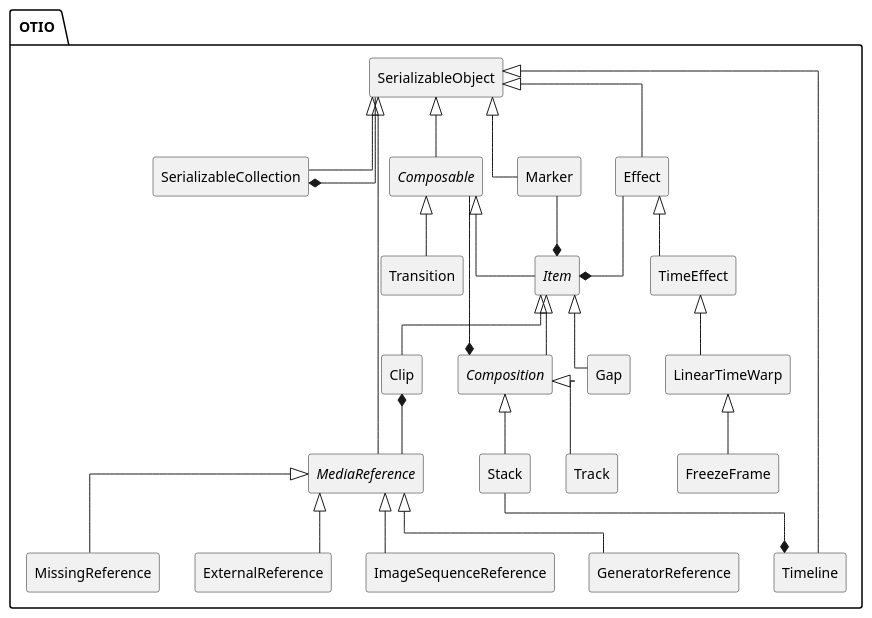
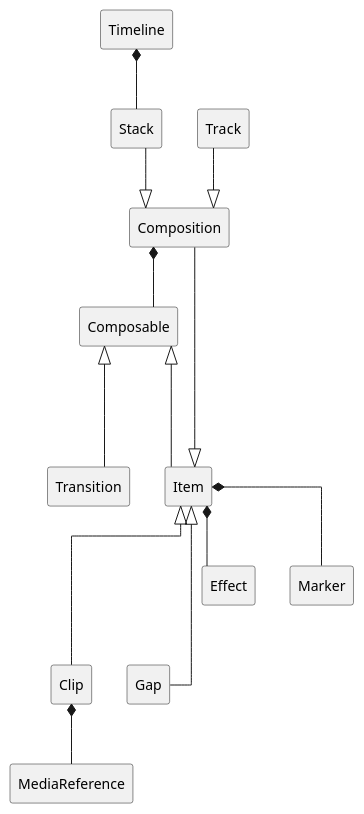
The first of 34 diagrams in src/main/md/otio-core.md (sandflow/otio-core-specification), drawn with PlantUML before and after one commit. The commit also changed other lines of this file, not shown here.

Commit message:
Improved introduction

````diff
--- a/src/main/md/otio-core.md
+++ b/src/main/md/otio-core.md
@@ -25,77 +25,47 @@
 skinparam padding 5
 hide circle
 
-package OTIO <<Folder>> {
+class Timeline [[#object-model-Timeline]]
 
-class SerializableObject [[#object-model-SerializableObject]]
+class Clip [[#object-model-Clip]]
+class Gap [[#object-model-Gap]]
 
-SerializableObject <|-down- SerializableCollection
-SerializableObject <|-down- Timeline
-SerializableObject <|-down- Composable
-SerializableObject <|-down- Marker
-SerializableObject <|-down- Effect
-SerializableObject <|-down- MediaReference
 
-class SerializableCollection [[#object-model-SerializableCollection]]
-abstract class Composable [[#object-model-Composable]]
-class TimeEffect [[#object-model-TimeEffect]]
-abstract class Item [[#object-model-Item]]
-class Transition [[#object-model-Transition]]
+class Composition [[#object-model-Composition]]
+class Composable [[#object-model-Composable]]
 
 together {
-  class Clip [[#object-model-Clip]]
-  class Gap [[#object-model-Gap]]
-  abstract class Composition [[#object-model-Composition]]
+  class Transition [[#object-model-Transition]]
+  class Item [[#object-model-Item]]
 }
+
 
 class Effect [[#object-model-Effect]]
 class Marker [[#object-model-Marker]]
 
-class LinearTimeWarp [[#object-model-LinearTimeWarp]]
-class FreezeFrame [[#object-model-FreezeFrame]]
 
-class Timeline [[#object-model-Timeline]]
 class Stack [[#object-model-Stack]]
 class Track [[#object-model-Track]]
+class MediaReference [[#object-model-MediaReference]]
 
-SerializableCollection *-- SerializableObject
+Timeline *-- Stack
 
-Stack --* Timeline
+Track --|> Composition
+Stack --|> Composition
 
-Composable <|-- Item
-Composable <|-- Transition
+Composable <|--- Item
+Composable <|--- Transition
 
-Item <|-- Clip
-Item <|-- Gap
-Item <|-- Composition
+Composition *-- Composable
 
-Marker --* Item
+Item <|--- Clip
+Item <|--- Gap
+Composition ---|> Item
 
-Effect --* Item
-Effect <|-- TimeEffect
-
-TimeEffect <|-- LinearTimeWarp
-LinearTimeWarp <|-- FreezeFrame
-
-Composition <|-- Track
-Composition <|-- Stack
-Composition *-- Composable
+Item *-- Marker
+Item *-- Effect
 
 Clip *-- MediaReference
 
-abstract class MediaReference [[#object-model-MediaReference]]
-
-class GeneratorReference [[#object-model-GeneratorReference]]
-class MissingReference [[#object-model-MissingReference]]
-class ExternalReference [[#object-model-ExternalReference]]
-class ImageSequenceReference [[#object-model-ImageSequenceReference]]
-
-MediaReference <|-down- ExternalReference
-MediaReference <|-down- GeneratorReference
-MediaReference <|-down- MissingReference
-MediaReference <|-down- ImageSequenceReference
-
-}
-
 @enduml
 ```
````
